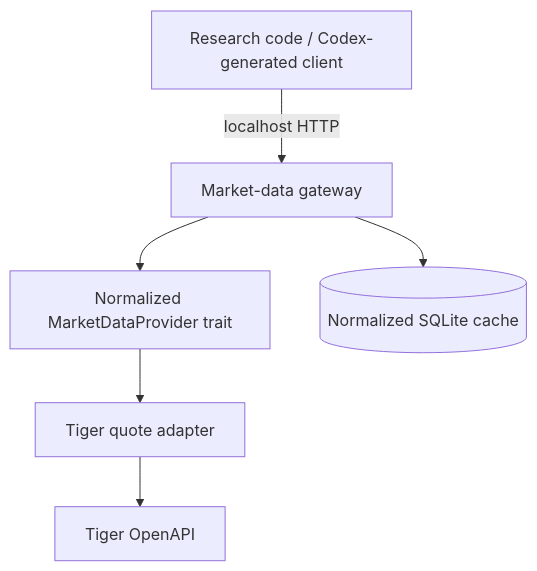
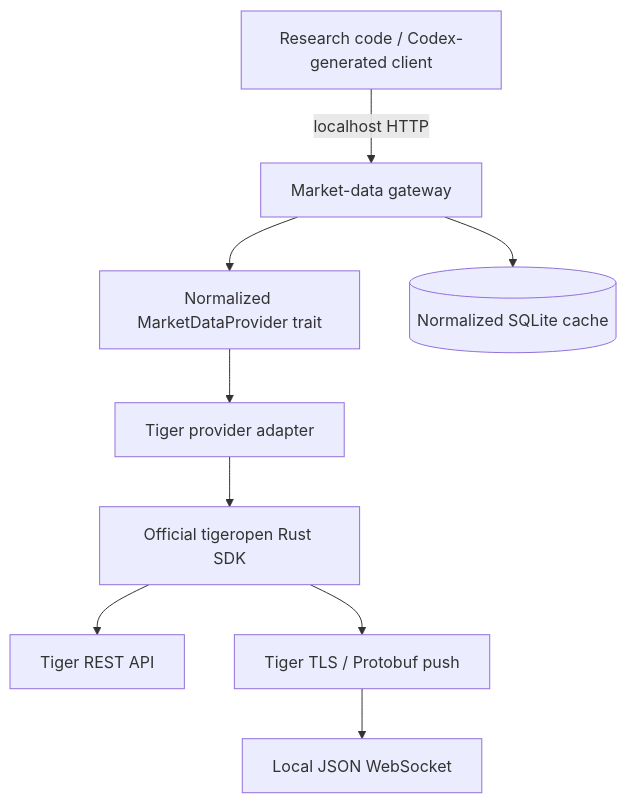
The diagram in docs/architecture.md (WaiwaiTAN/tiger_openapi_rust_sdk_unofficial), drawn with Mermaid before and after one commit. The commit also changed other lines of this file and 27 other files, not shown here.

Commit message:
Migrate market data tools to official Tiger SDK

````diff
--- a/docs/architecture.md
+++ b/docs/architecture.md
@@ -3,8 +3,11 @@
 ```mermaid
 flowchart TD
   A[Research code / Codex-generated client] -->|localhost HTTP| B[Market-data gateway]
   B --> C[Normalized MarketDataProvider trait]
-  C --> D[Tiger quote adapter]
-  D --> E[Tiger OpenAPI]
+  C --> D[Tiger provider adapter]
+  D --> E[Official tigeropen Rust SDK]
+  E --> G[Tiger REST API]
+  E --> H[Tiger TLS / Protobuf push]
+  H --> I[Local JSON WebSocket]
   B --> F[(Normalized SQLite cache)]
 ```
````
